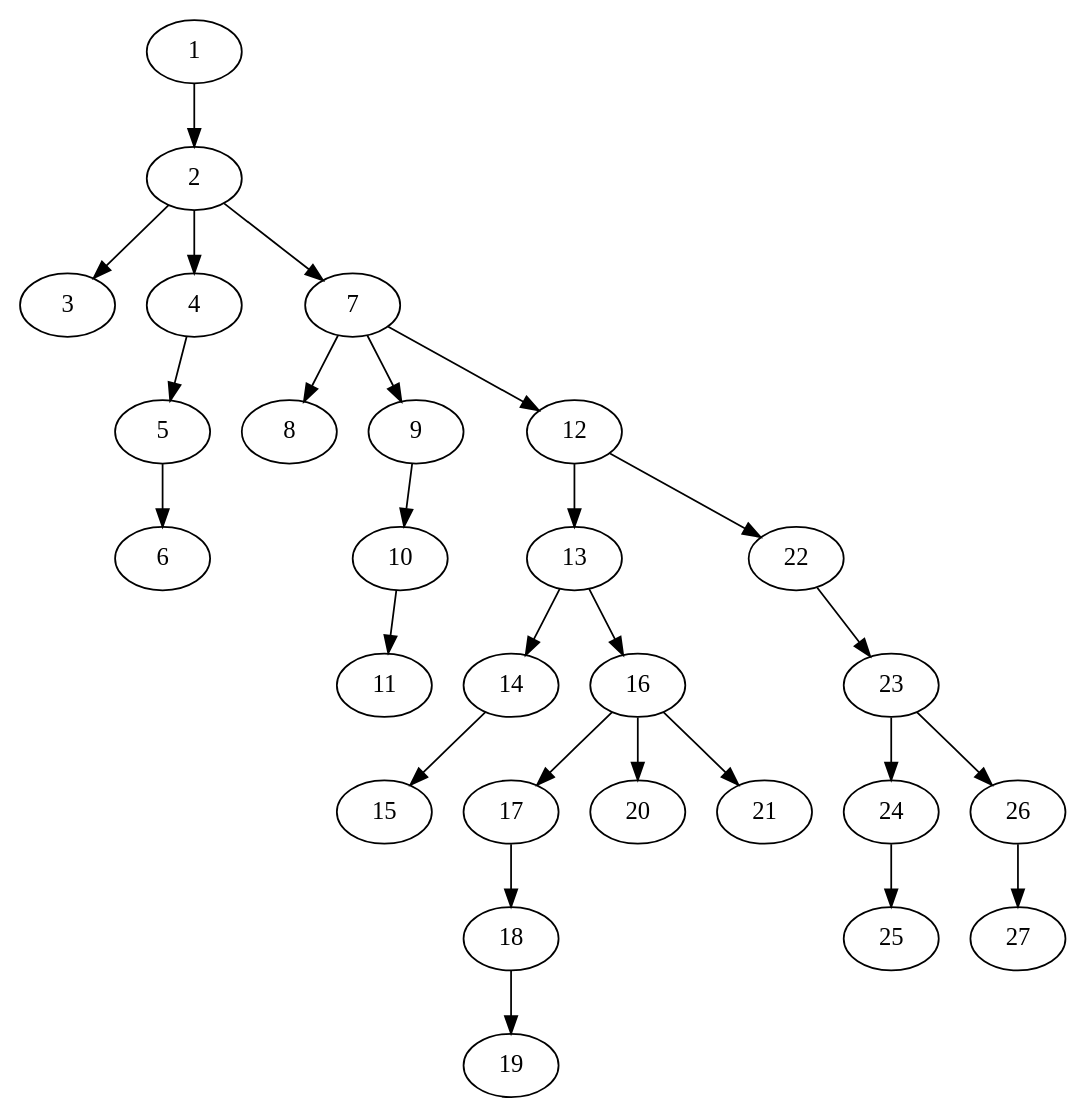
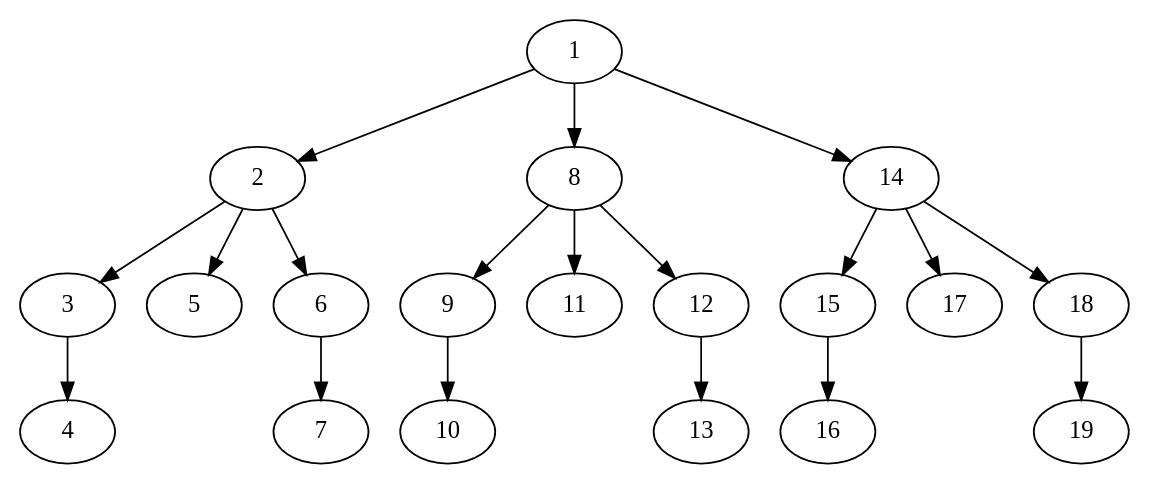
Before and after one commit to Ajax12345/caspian-lang: the diagram in caspian/src/ast_stuff.dot, drawn with Graphviz. The commit also changed 6 other files, not shown here.

```diff
--- a/caspian/src/ast_stuff.dot
+++ b/caspian/src/ast_stuff.dot
@@ -1,28 +1,20 @@
 strict digraph "" {
 	1 -> 2;
+	1 -> 8;
+	1 -> 14;
 	2 -> 3;
-	2 -> 4;
-	2 -> 7;
-	4 -> 5;
-	5 -> 6;
-	7 -> 8;
-	7 -> 9;
-	7 -> 12;
+	2 -> 5;
+	2 -> 6;
+	3 -> 4;
+	6 -> 7;
+	8 -> 9;
+	8 -> 11;
+	8 -> 12;
 	9 -> 10;
-	10 -> 11;
 	12 -> 13;
-	12 -> 22;
-	13 -> 14;
-	13 -> 16;
 	14 -> 15;
-	16 -> 17;
-	16 -> 20;
-	16 -> 21;
-	17 -> 18;
+	14 -> 17;
+	14 -> 18;
+	15 -> 16;
 	18 -> 19;
-	22 -> 23;
-	23 -> 24;
-	23 -> 26;
-	24 -> 25;
-	26 -> 27;
 }
```
